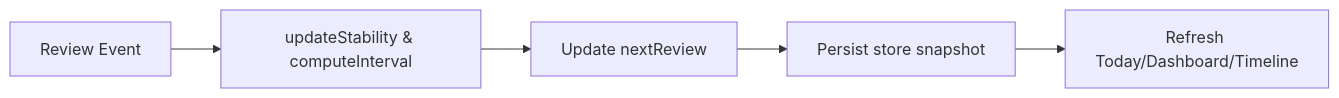
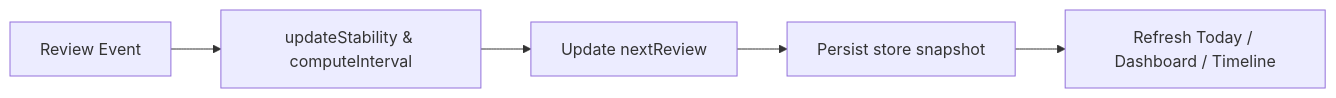
One commit to rasikasrimal/Spaced-Repetition-App changed the fourth of 6 diagrams in SpacedRepetitionApp_Documentation.md. Above: the diagram before and after it, drawn with Mermaid.

Commit message:
Update UI label formatting in documentation
Changed the label in the flowchart from 'Refresh Today/Dashboard/Timeline' to 'Refresh Today / Dashboard / Timeline' for improved readability in the documentation.

````diff
--- a/SpacedRepetitionApp_Documentation.md
+++ b/SpacedRepetitionApp_Documentation.md
@@ -265,10 +265,10 @@
 ```mermaid
 flowchart LR
   TopicEvent["Review Event"]
   Scheduler["updateStability & computeInterval"]
   Queue["Update nextReview"]
   Stores["Persist store snapshot"]
-  UI["Refresh Today/Dashboard/Timeline"]
+  UI["Refresh Today / Dashboard / Timeline"]
 
   TopicEvent --> Scheduler --> Queue --> Stores --> UI
 ```
````
